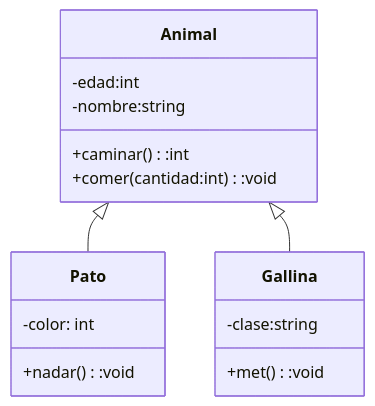
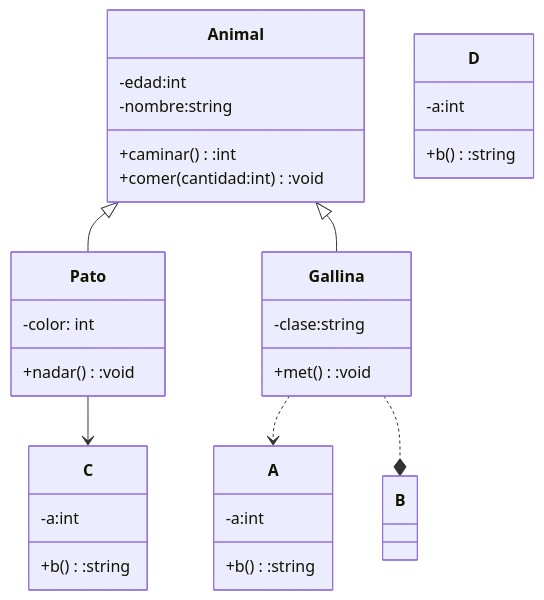
Before and after one commit to ealejor/PERSISTENCIA-JAVA: the diagram in README.md, drawn with Mermaid.

````diff
--- a/README.md
+++ b/README.md
@@ -4,22 +4,39 @@
 ```mermaid
 classDiagram
     class Animal{
         -edad:int
         -nombre:string
         +caminar():int
         +comer(cantidad:int):void
     }
     
     class Pato{
         -color: int
         +nadar():void
     }
     
     class Gallina{
         -clase:string
         +met():void
     }
     
+    class A{
+        -a:int
+        +b():string
+    }
+
+    class C{
+        -a:int
+        +b():string
+    }
+    class D{
+        -a:int
+        +b():string
+    }
+
     Animal <|-- Pato
     Animal <|-- Gallina
+    Gallina ..> A
+    Gallina ..* B
+    Pato --> C
 ```
````
